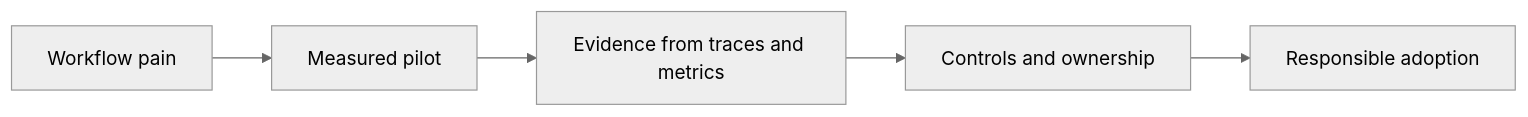
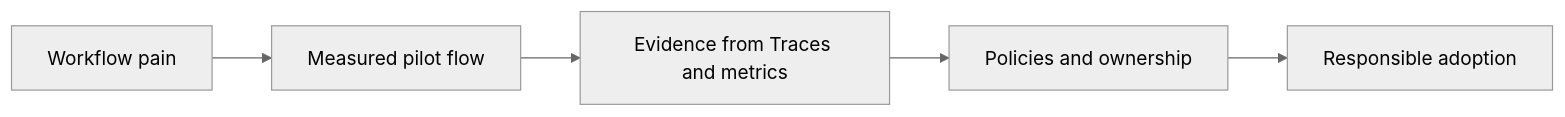
One commit to naren-allam/agents-beginners changed the seventh of 9 diagrams in book/chapters/chapter-07-the-future-of-agentic-ai-and-your-role.md. Above: the diagram before and after it, drawn with Mermaid (neutral theme). The commit also changed other lines of this file and 28 other files, not shown here.

````diff
--- a/book/chapters/chapter-07-the-future-of-agentic-ai-and-your-role.md
+++ b/book/chapters/chapter-07-the-future-of-agentic-ai-and-your-role.md
@@ -201,13 +208,13 @@
 ```mermaid
 flowchart LR
     Pain["Workflow pain"]
-    Pilot["Measured pilot"]
-    Evidence["Evidence from traces and metrics"]
-    Governance["Controls and ownership"]
+    Pilot["Measured pilot flow"]
+    Evidence["Evidence from Traces and metrics"]
+    Governance["Policies and ownership"]
     Adoption["Responsible adoption"]
 
     Pain --> Pilot
     Pilot --> Evidence
     Evidence --> Governance
     Governance --> Adoption
 ```
````
